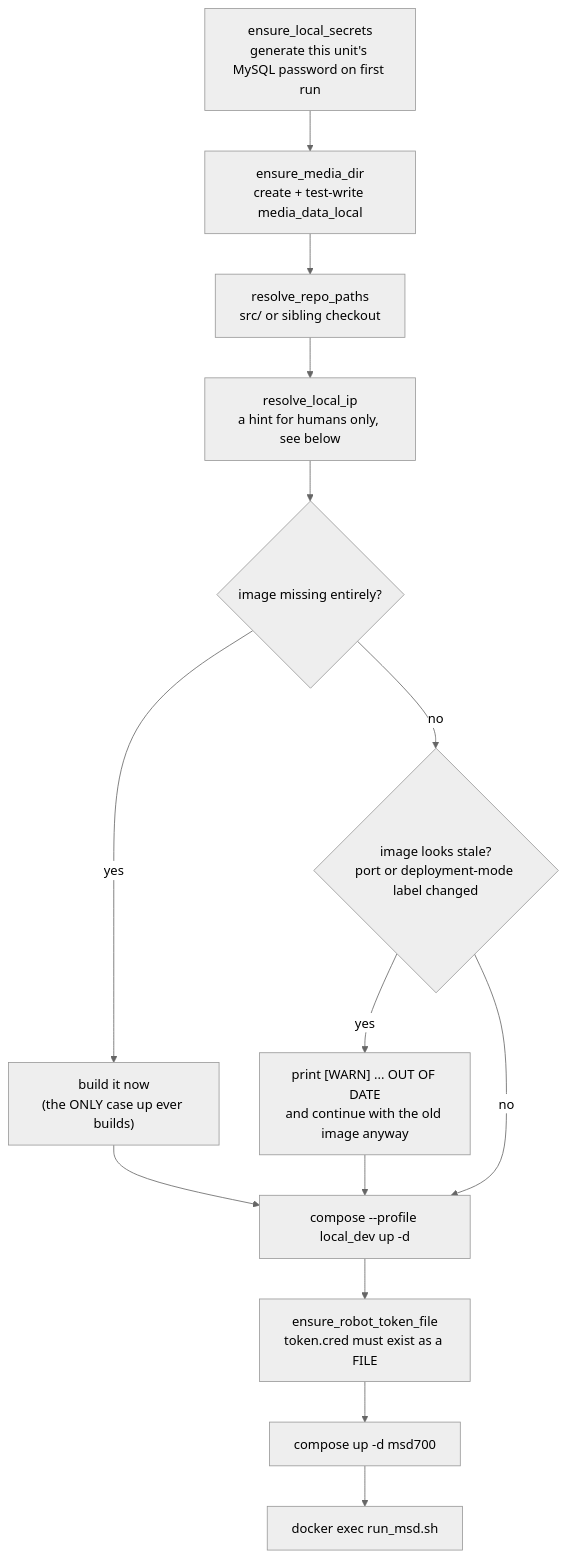
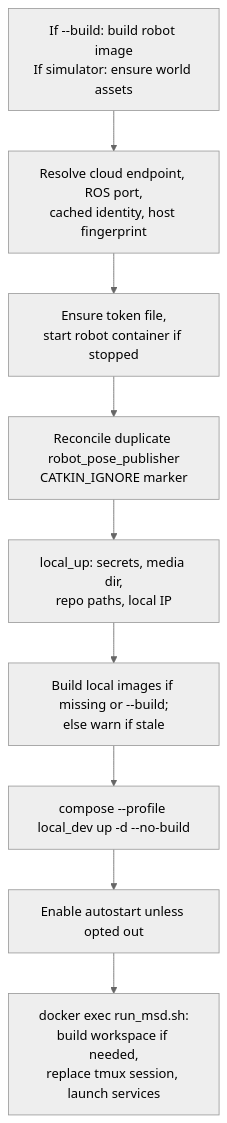
One commit to itbdelaboprogramming/msd700_documentation changed the second of 2 diagrams in docs/setup/docker-reference.md. Above: the diagram before and after it, drawn with Mermaid (neutral theme). The commit also changed other lines of this file and 110 other files, not shown here.

````diff
--- a/docs/setup/docker-reference.md
+++ b/docs/setup/docker-reference.md
@@ -487,17 +412,11 @@
 ```mermaid
 flowchart TB
-  A["ensure_local_secrets<br/>generate this unit's MySQL password on first run"] --> B["ensure_media_dir<br/>create + test-write media_data_local"]
-  B --> C["resolve_repo_paths<br/>src/ or sibling checkout"]
-  C --> D["resolve_local_ip<br/>a hint for humans only, see below"]
-  D --> E{"image missing entirely?"}
-  E -->|yes| F["build it now<br/>(the ONLY case up ever builds)"]
-  E -->|no| G{"image looks stale?<br/>port or deployment-mode label changed"}
-  G -->|yes| W["print [WARN] ... OUT OF DATE<br/>and continue with the old image anyway"]
-  G -->|no| I
-  F --> I
-  W --> I
-  I["compose --profile local_dev up -d"]
-  I --> J["ensure_robot_token_file<br/>token.cred must exist as a FILE"]
-  J --> K["compose up -d msd700"]
-  K --> L["docker exec run_msd.sh"]
+  A["If --build: build robot image<br/>If simulator: ensure world assets"] --> B["Resolve cloud endpoint, ROS port,<br/>cached identity, host fingerprint"]
+  B --> C["Ensure token file,<br/>start robot container if stopped"]
+  C --> D["Reconcile duplicate robot_pose_publisher<br/>CATKIN_IGNORE marker"]
+  D --> E["local_up: secrets, media dir,<br/>repo paths, local IP"]
+  E --> F["Build local images if missing or --build;<br/>else warn if stale"]
+  F --> G["compose --profile local_dev up -d --no-build"]
+  G --> H["Enable autostart unless opted out"]
+  H --> I["docker exec run_msd.sh:<br/>build workspace if needed,<br/>replace tmux session, launch services"]
 ```
````
